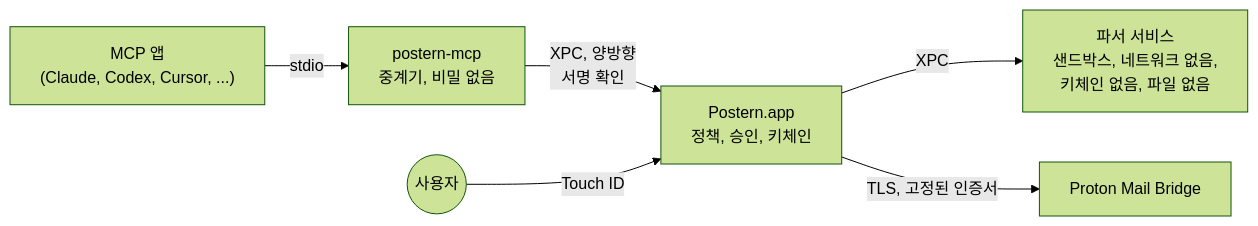
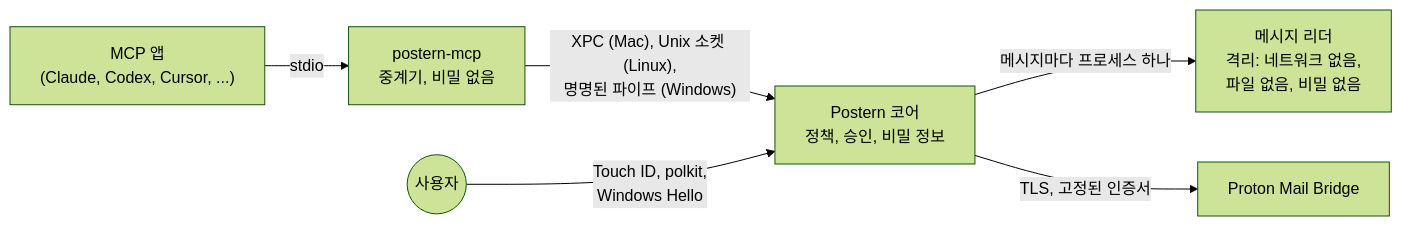
Before and after one commit to ruben4reall/postern: the diagram in README.ko.md, drawn with Mermaid (forest theme). The commit also changed other lines of this file and 30 other files, not shown here.

````diff
--- a/README.ko.md
+++ b/README.ko.md
@@ -293,8 +322,8 @@
 ```mermaid
 flowchart LR
     client["MCP 앱<br>(Claude, Codex, Cursor, ...)"] -- "stdio" --> relay["postern-mcp<br>중계기, 비밀 없음"]
-    relay -- "XPC, 양방향<br>서명 확인" --> core["Postern.app<br>정책, 승인, 키체인"]
-    core -- "XPC" --> parser["파서 서비스<br>샌드박스, 네트워크 없음,<br>키체인 없음, 파일 없음"]
+    relay -- "XPC (Mac), Unix 소켓 (Linux),<br>명명된 파이프 (Windows)" --> core["Postern 코어<br>정책, 승인, 비밀 정보"]
+    core -- "메시지마다 프로세스 하나" --> parser["메시지 리더<br>격리: 네트워크 없음,<br>파일 없음, 비밀 없음"]
     core -- "TLS, 고정된 인증서" --> bridge["Proton Mail Bridge"]
-    you(("사용자")) -- "Touch ID" --> core
+    you(("사용자")) -- "Touch ID, polkit,<br>Windows Hello" --> core
 ```
````
